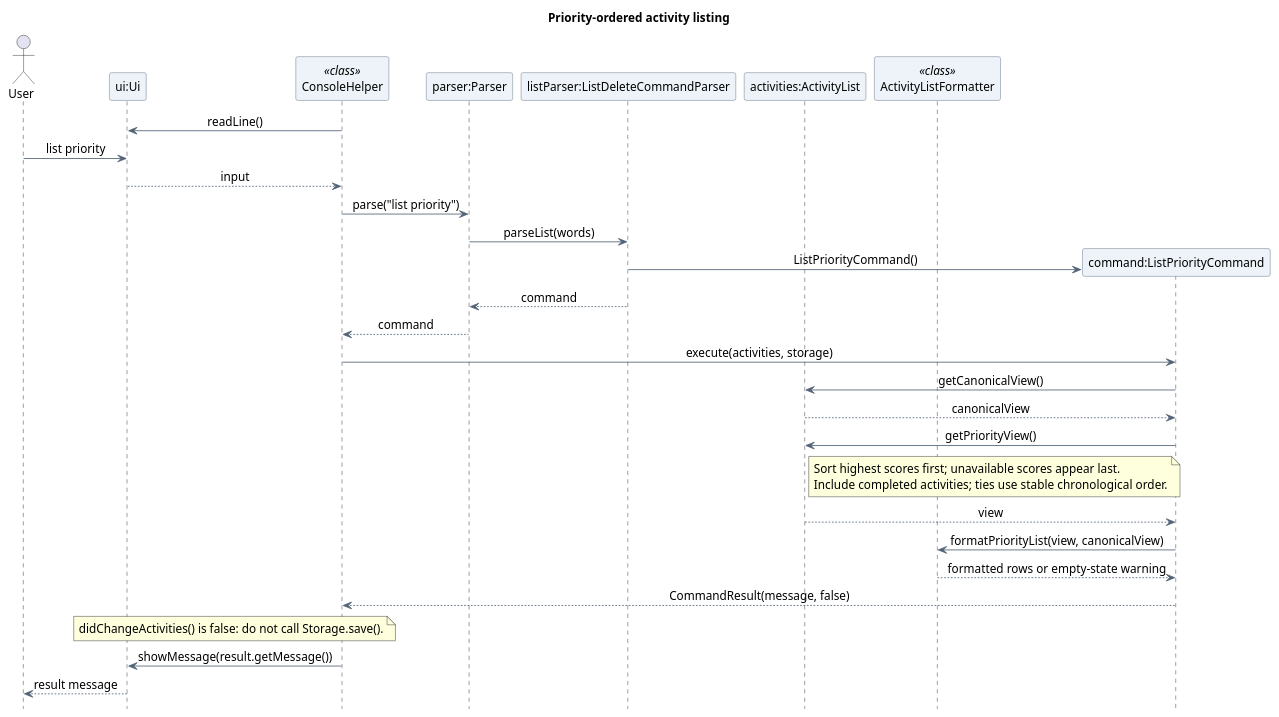
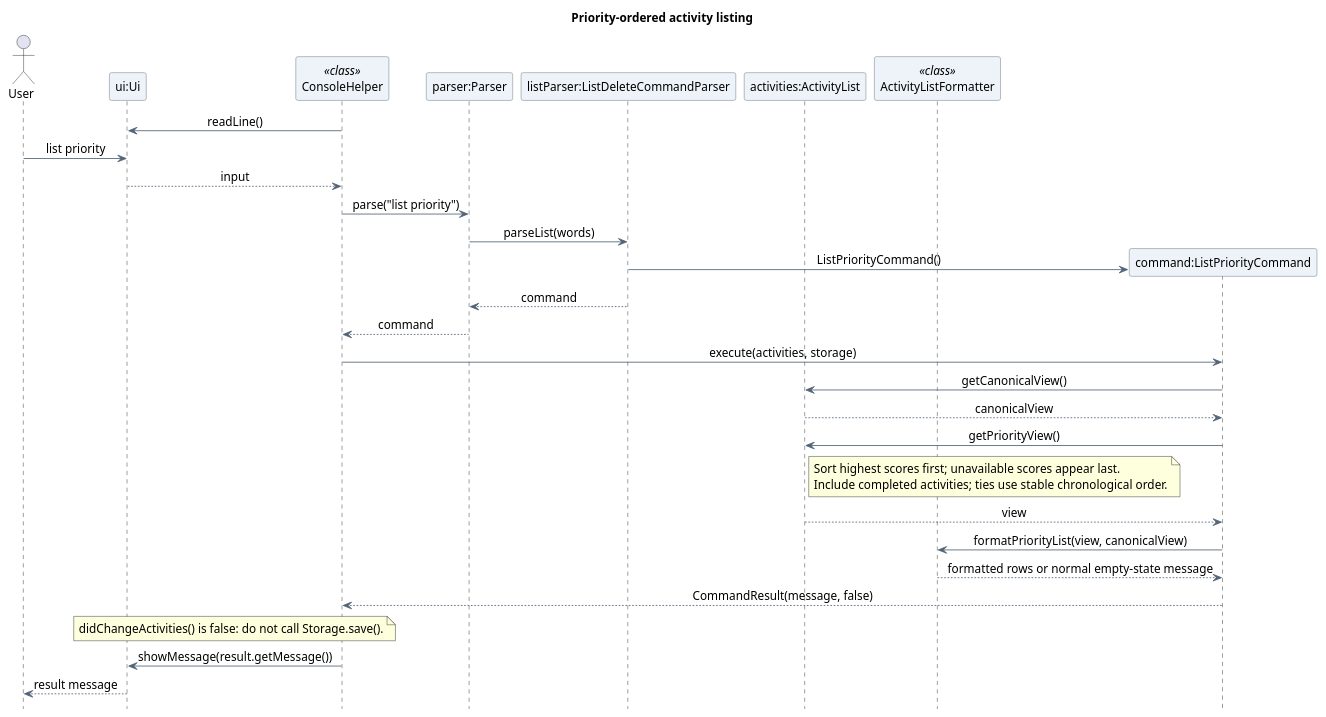
One commit to AY2627S1-CS2113-T10-4/tp changed the diagram in docs/diagrams/asyraf/sequence/ListPrioritySequence.puml. Above: the diagram before and after it, drawn with PlantUML. The commit also changed 37 other files, not shown here.

Commit message:
fix(activity): show concise normal feedback for empty results and align guides

```diff
--- a/docs/diagrams/asyraf/sequence/ListPrioritySequence.puml
+++ b/docs/diagrams/asyraf/sequence/ListPrioritySequence.puml
@@ -4,48 +4,48 @@
 @startuml
 title Priority-ordered activity listing
 skinparam backgroundColor white
 skinparam shadowing false
 skinparam defaultFontName SansSerif
 skinparam defaultFontSize 14
 skinparam ArrowColor #526477
 skinparam ParticipantBackgroundColor #EDF3F8
 skinparam ParticipantBorderColor #526477
 skinparam sequenceMessageAlign center
 hide footbox
 
 actor "User" as User
 participant "ui:Ui" as UI
 participant "ConsoleHelper" as Console <<class>>
 participant "parser:Parser" as Parser
 participant "listParser:ListDeleteCommandParser" as ListParser
 participant "activities:ActivityList" as Activities
 participant "ActivityListFormatter" as Formatter <<class>>
 
 Console -> UI : readLine()
 User -> UI : list priority
 UI --> Console : input
 
 Console -> Parser : parse("list priority")
 Parser -> ListParser : parseList(words)
 create participant "command:ListPriorityCommand" as Query
 ListParser -> Query : ListPriorityCommand()
 ListParser --> Parser : command
 Parser --> Console : command
 Console -> Query : execute(activities, storage)
 Query -> Activities : getCanonicalView()
 Activities --> Query : canonicalView
 Query -> Activities : getPriorityView()
 note right of Activities
   Sort highest scores first; unavailable scores appear last.
   Include completed activities; ties use stable chronological order.
 end note
 Activities --> Query : view
 Query -> Formatter : formatPriorityList(view, canonicalView)
-Formatter --> Query : formatted rows or empty-state warning
+Formatter --> Query : formatted rows or normal empty-state message
 Query --> Console : CommandResult(message, false)
 note over Console, UI
   didChangeActivities() is false: do not call Storage.save().
 end note
 Console -> UI : showMessage(result.getMessage())
 UI --> User : result message
 @enduml
```
